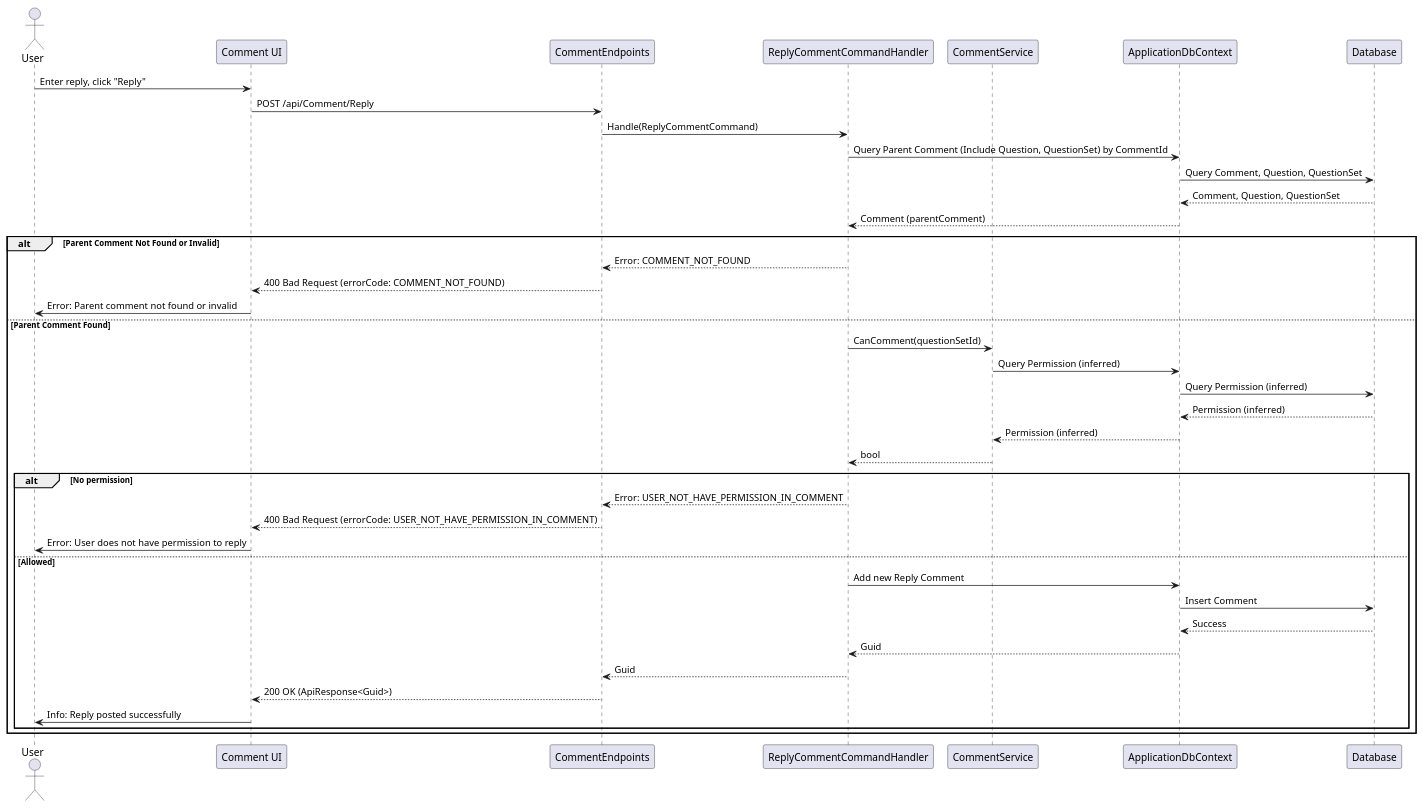
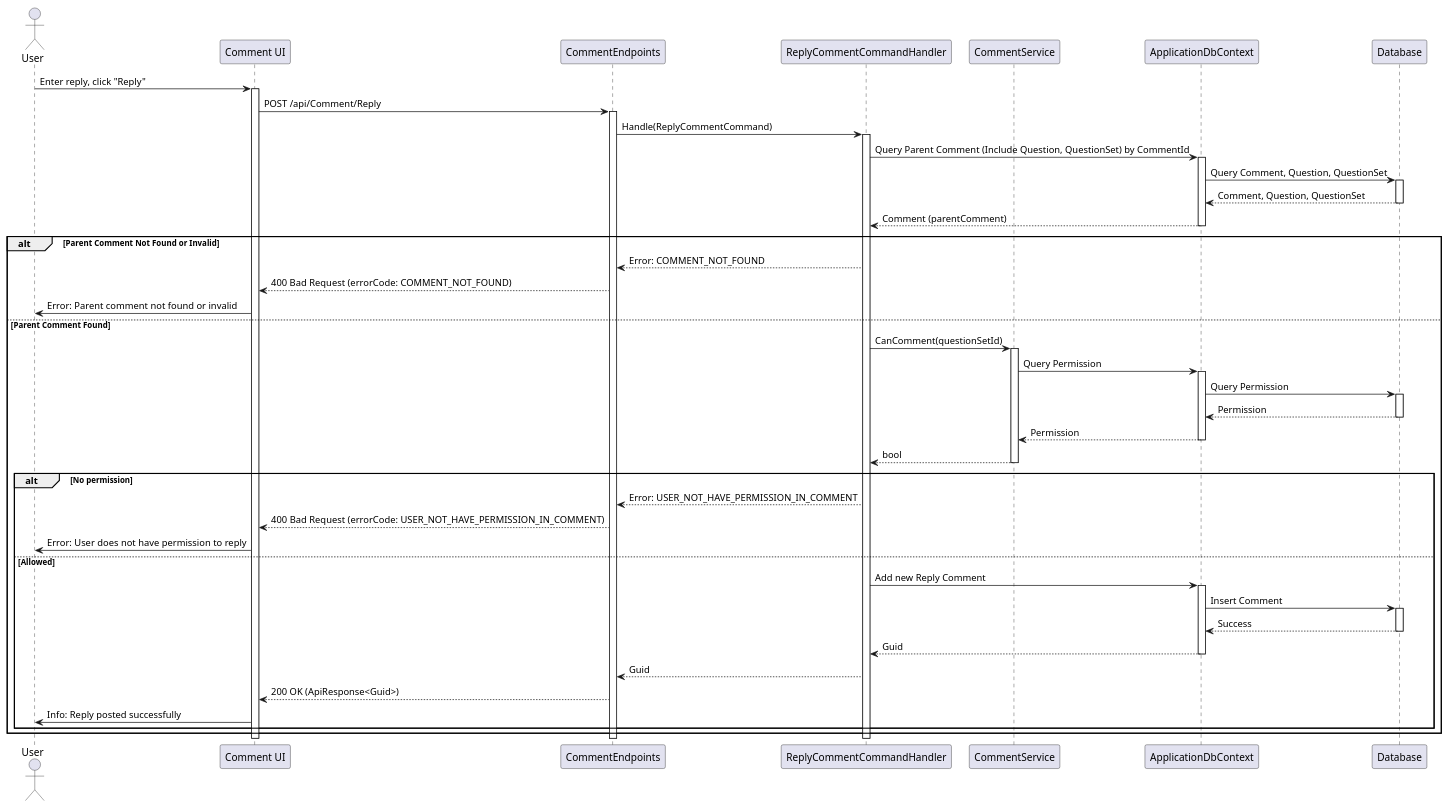
One commit to thanhkhac/SEP_Diagram changed the diagram in Comments/Sequence/ReplyCommentCommand.puml. Above: the diagram before and after it, drawn with PlantUML. The commit also changed 17 other files, not shown here.

Commit message:
Add UI and endpoint activation/deactivation to sequence diagrams

```diff
--- a/Comments/Sequence/ReplyCommentCommand.puml
+++ b/Comments/Sequence/ReplyCommentCommand.puml
@@ -1,42 +1,62 @@
 @startuml
 actor User
 participant "Comment UI" as UI
 participant CommentEndpoints
 participant ReplyCommentCommandHandler as Handler
 participant CommentService
 participant ApplicationDbContext
 participant Database
 
 User -> UI : Enter reply, click "Reply"
+activate UI
 UI -> CommentEndpoints : POST /api/Comment/Reply
+activate CommentEndpoints
 CommentEndpoints -> Handler : Handle(ReplyCommentCommand)
+activate Handler
 Handler -> ApplicationDbContext : Query Parent Comment (Include Question, QuestionSet) by CommentId
+activate ApplicationDbContext
 ApplicationDbContext -> Database : Query Comment, Question, QuestionSet
+activate Database
 Database --> ApplicationDbContext : Comment, Question, QuestionSet
+deactivate Database
 ApplicationDbContext --> Handler : Comment (parentComment)
+deactivate ApplicationDbContext
 alt Parent Comment Not Found or Invalid
     Handler --> CommentEndpoints : Error: COMMENT_NOT_FOUND
     CommentEndpoints --> UI : 400 Bad Request (errorCode: COMMENT_NOT_FOUND)
     UI -> User : Error: Parent comment not found or invalid
 else Parent Comment Found
     Handler -> CommentService : CanComment(questionSetId)
-    CommentService -> ApplicationDbContext : Query Permission (inferred)
-    ApplicationDbContext -> Database : Query Permission (inferred)
-    Database --> ApplicationDbContext : Permission (inferred)
-    ApplicationDbContext --> CommentService : Permission (inferred)
+    activate CommentService
+    CommentService -> ApplicationDbContext : Query Permission 
+    activate ApplicationDbContext
+    ApplicationDbContext -> Database : Query Permission 
+    activate Database
+    Database --> ApplicationDbContext : Permission 
+    deactivate Database
+    ApplicationDbContext --> CommentService : Permission 
+    deactivate ApplicationDbContext
     CommentService --> Handler : bool
+    deactivate CommentService
     alt No permission
         Handler --> CommentEndpoints : Error: USER_NOT_HAVE_PERMISSION_IN_COMMENT
         CommentEndpoints --> UI : 400 Bad Request (errorCode: USER_NOT_HAVE_PERMISSION_IN_COMMENT)
         UI -> User : Error: User does not have permission to reply
     else Allowed
         Handler -> ApplicationDbContext : Add new Reply Comment
+        activate ApplicationDbContext
         ApplicationDbContext -> Database : Insert Comment
+        activate Database
         Database --> ApplicationDbContext : Success
+        deactivate Database
         ApplicationDbContext --> Handler : Guid
+        deactivate ApplicationDbContext
         Handler --> CommentEndpoints : Guid
         CommentEndpoints --> UI : 200 OK (ApiResponse<Guid>)
         UI -> User : Info: Reply posted successfully
     end
 end
+deactivate Handler
+deactivate CommentEndpoints
+deactivate UI
 @enduml
```
